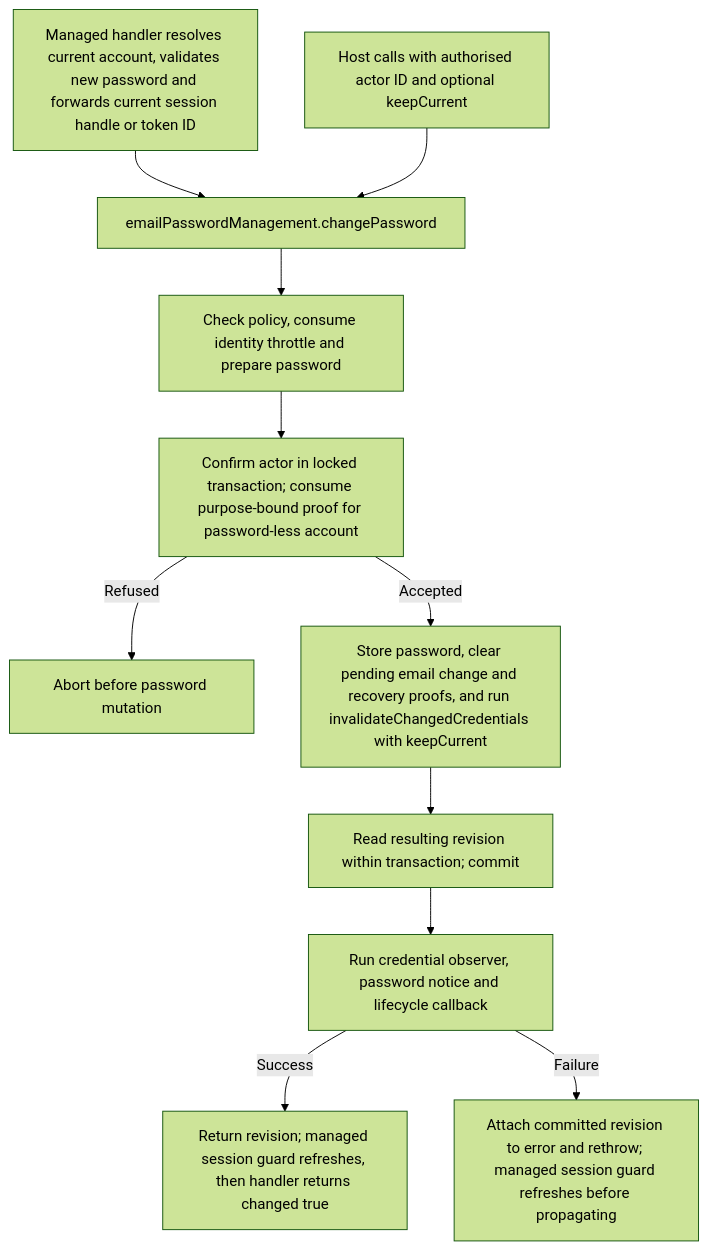
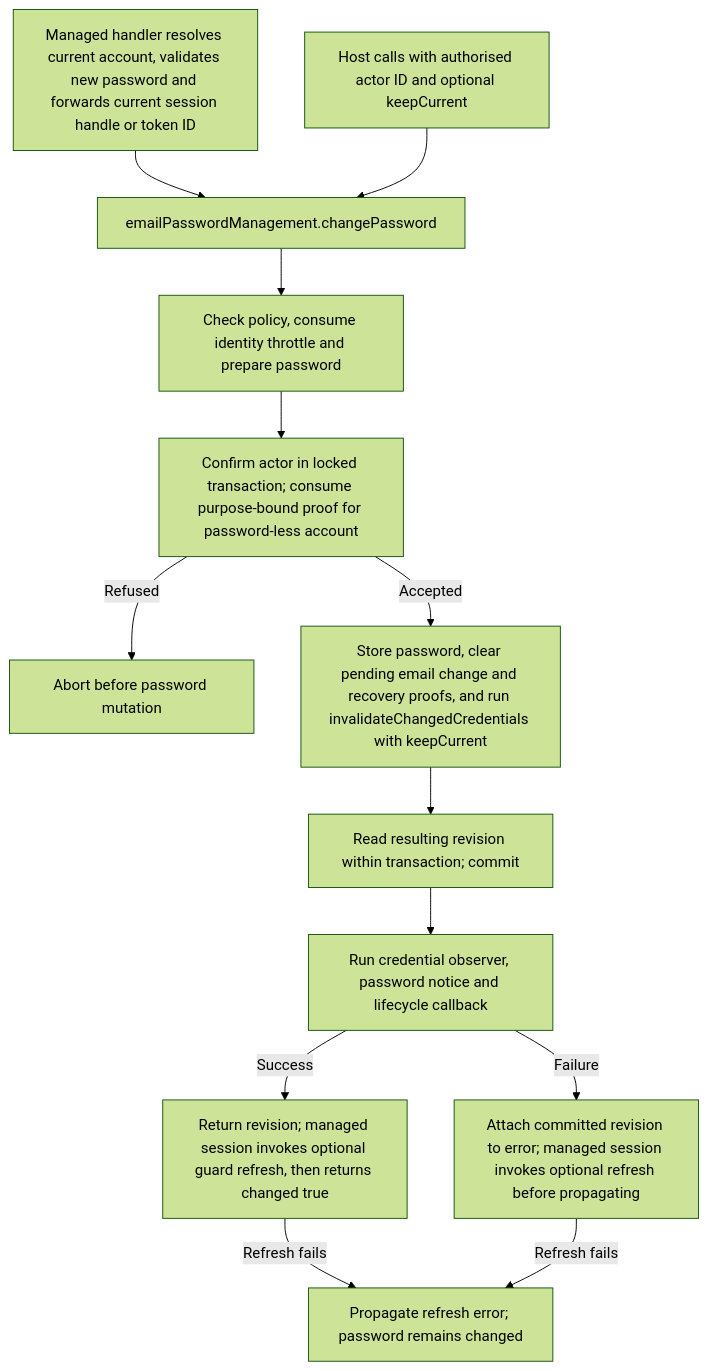
Before and after one commit to Kevinjohn/oss-adonisjs-account-kit: the second of 2 diagrams in user-stories/US-ACCOUNT-05-change-password.md, drawn with Mermaid (forest theme). The commit also changed other lines of this file and 42 other files, not shown here.

````diff
--- a/user-stories/US-ACCOUNT-05-change-password.md
+++ b/user-stories/US-ACCOUNT-05-change-password.md
@@ -35,13 +35,15 @@
 ```mermaid
 flowchart TD
   M["Managed handler resolves current account, validates new password and forwards current session handle or token ID"] --> A["emailPasswordManagement.changePassword"]
   H0["Host calls with authorised actor ID and optional keepCurrent"] --> A
   A --> B["Check policy, consume identity throttle and prepare password"]
   B --> C["Confirm actor in locked transaction; consume purpose-bound proof for password-less account"]
   C -->|Refused| E["Abort before password mutation"]
   C -->|Accepted| F["Store password, clear pending email change and recovery proofs, and run invalidateChangedCredentials with keepCurrent"]
   F --> G["Read resulting revision within transaction; commit"]
   G --> H["Run credential observer, password notice and lifecycle callback"]
-  H -->|Success| J["Return revision; managed session guard refreshes, then handler returns changed true"]
-  H -->|Failure| K["Attach committed revision to error and rethrow; managed session guard refreshes before propagating"]
+  H -->|Success| J["Return revision; managed session invokes optional guard refresh, then returns changed true"]
+  H -->|Failure| K["Attach committed revision to error; managed session invokes optional refresh before propagating"]
+  J -->|Refresh fails| R["Propagate refresh error; password remains changed"]
+  K -->|Refresh fails| R
 ```
````
